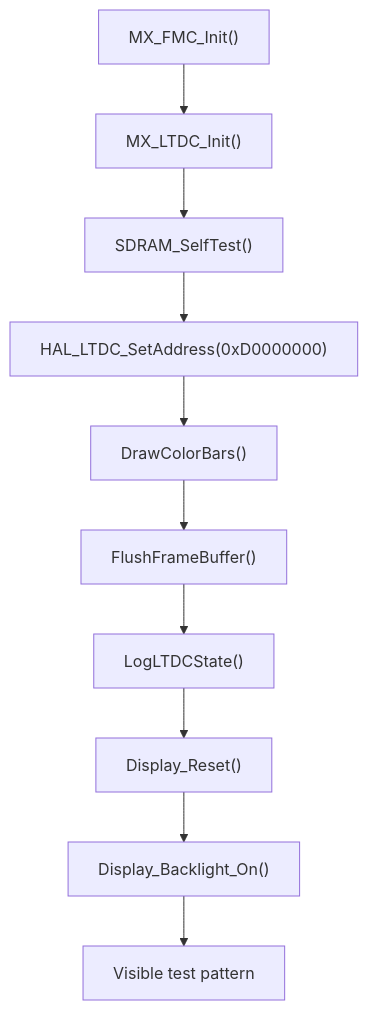
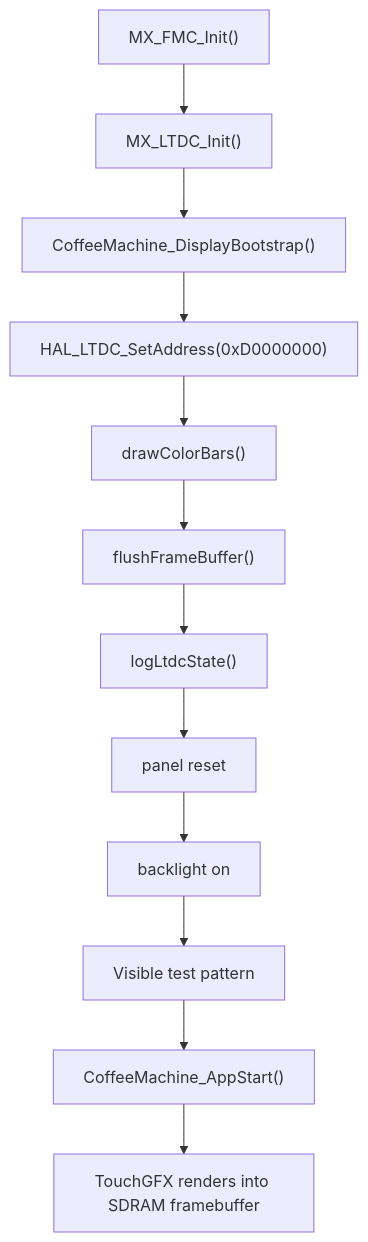
The diagram in docs/04-drivers/ltdc-display.md (embmike/coffe_machine), drawn with Mermaid before and after one commit. The commit also changed other lines of this file and 13 other files, not shown here.

````diff
--- a/docs/04-drivers/ltdc-display.md
+++ b/docs/04-drivers/ltdc-display.md
@@ -203,12 +229,14 @@
 ```mermaid
 flowchart TD
     A["MX_FMC_Init()"] --> B["MX_LTDC_Init()"]
-    B --> C["SDRAM_SelfTest()"]
+    B --> C["CoffeeMachine_DisplayBootstrap()"]
     C --> D["HAL_LTDC_SetAddress(0xD0000000)"]
-    D --> E["DrawColorBars()"]
-    E --> F["FlushFrameBuffer()"]
-    F --> G["LogLTDCState()"]
-    G --> H["Display_Reset()"]
-    H --> I["Display_Backlight_On()"]
+    D --> E["drawColorBars()"]
+    E --> F["flushFrameBuffer()"]
+    F --> G["logLtdcState()"]
+    G --> H["panel reset"]
+    H --> I["backlight on"]
     I --> J["Visible test pattern"]
+    J --> K["CoffeeMachine_AppStart()"]
+    K --> L["TouchGFX renders into SDRAM framebuffer"]
 ```
````
